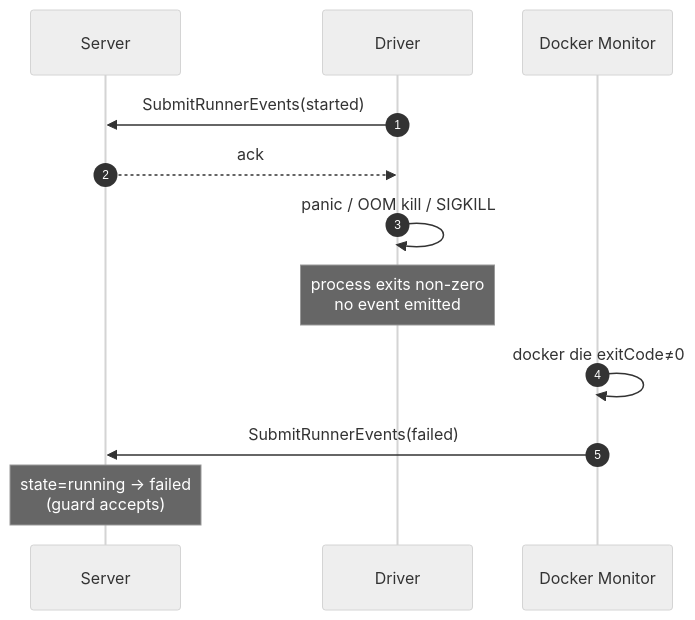
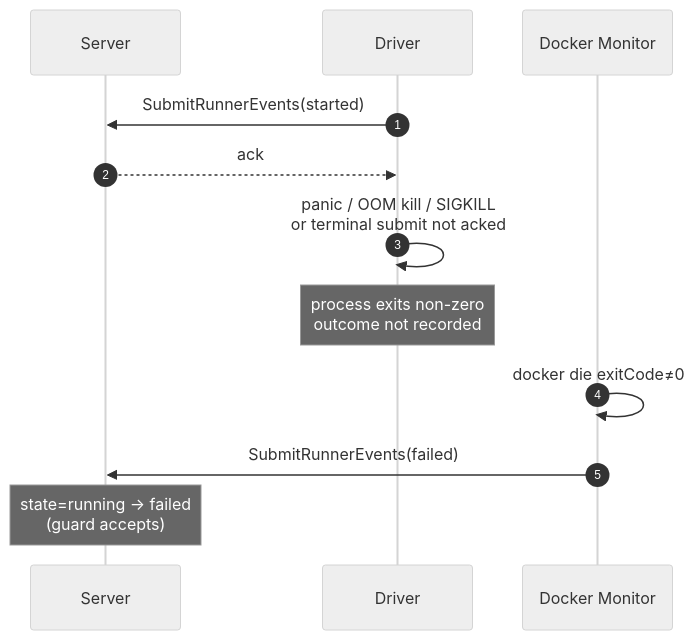
One commit to icholy/xagent changed the third of 9 diagrams in proposals/accepted/driver-owned-events.md. Above: the diagram before and after it, drawn with Mermaid (neutral theme). The commit also changed other lines of this file and 2 other files, not shown here.

First line of the commit message:
proposal: simplify driver-owned-events restart to kill plus start (#933)

````diff
--- a/proposals/accepted/driver-owned-events.md
+++ b/proposals/accepted/driver-owned-events.md
@@ -203,15 +134,15 @@
 ```mermaid
 sequenceDiagram
     autonumber
     participant S as Server
     participant D as Driver
     participant M as Docker Monitor
 
     D->>S: SubmitRunnerEvents(started)
     S-->>D: ack
-    D->>D: panic / OOM kill / SIGKILL
-    Note over D: process exits non-zero<br/>no event emitted
+    D->>D: panic / OOM kill / SIGKILL<br/>or terminal submit not acked
+    Note over D: process exits non-zero<br/>outcome not recorded
     M->>M: docker die exitCode≠0
     M->>S: SubmitRunnerEvents(failed)
     Note over S: state=running → failed<br/>(guard accepts)
 ```
````
